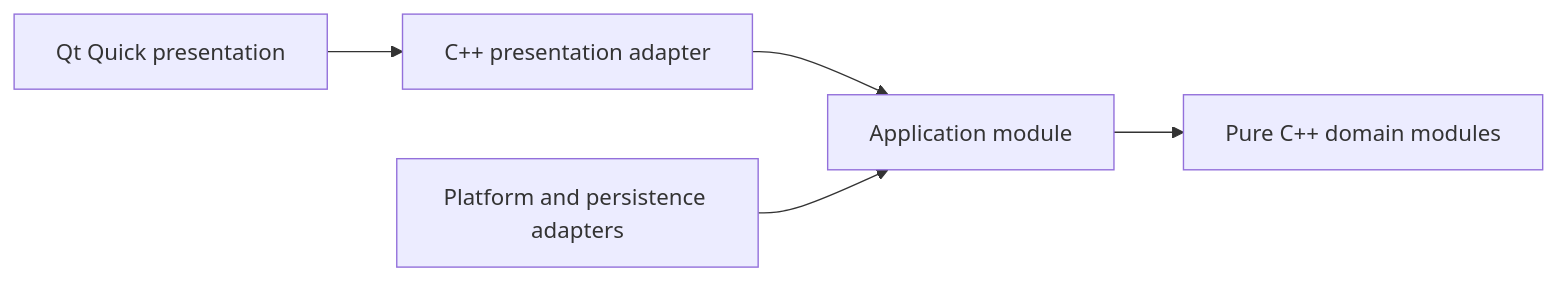
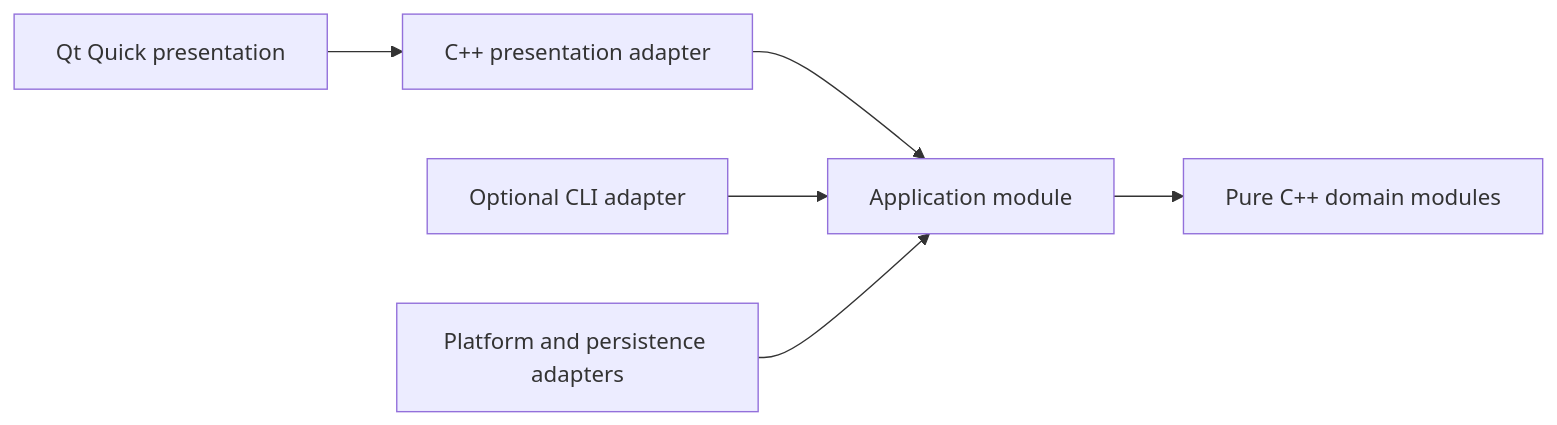
Before and after one commit to thecompez/ai-for-modern-cpp: the diagram in docs/agent/QT_QUICK_UI.md, drawn with Mermaid. The commit also changed other lines of this file and 14 other files, not shown here.

````diff
--- a/docs/agent/QT_QUICK_UI.md
+++ b/docs/agent/QT_QUICK_UI.md
@@ -32,7 +53,8 @@
 ```mermaid
 flowchart LR
     QML["Qt Quick presentation"] --> ViewModel["C++ presentation adapter"]
     ViewModel --> Application["Application module"]
+    CLI["Optional CLI adapter"] --> Application
     Application --> Domain["Pure C++ domain modules"]
     Adapter["Platform and persistence adapters"] --> Application
 ```
````
